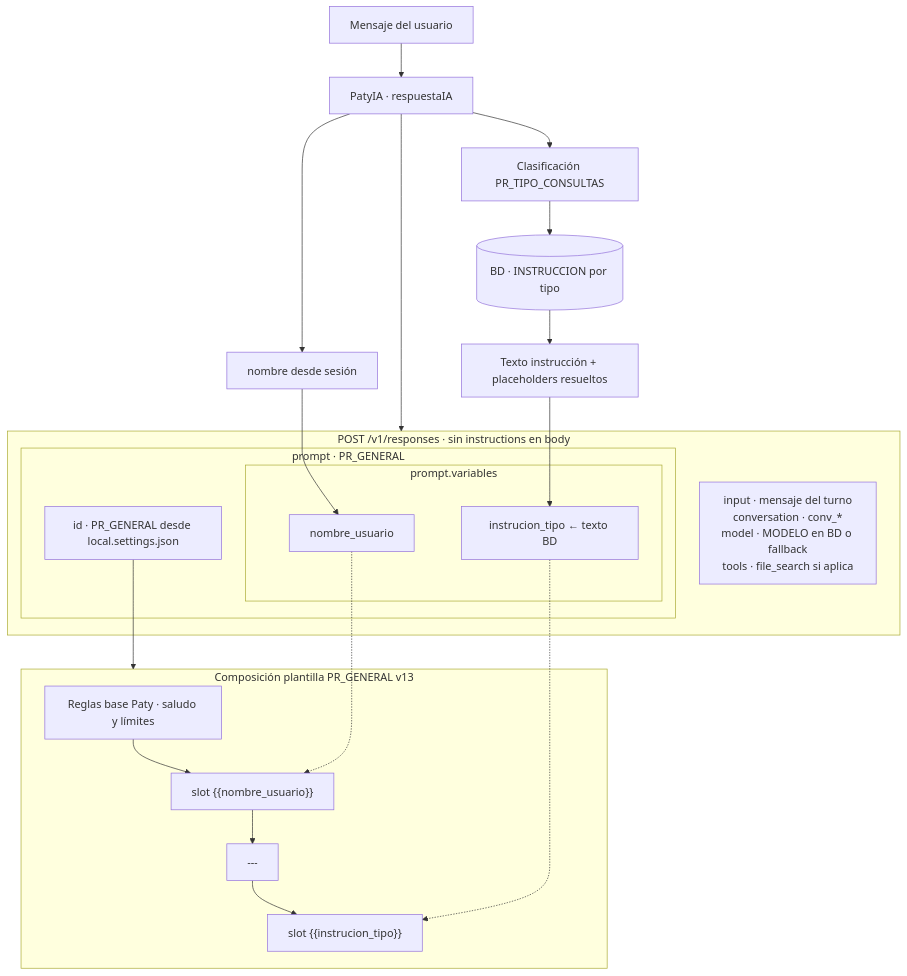
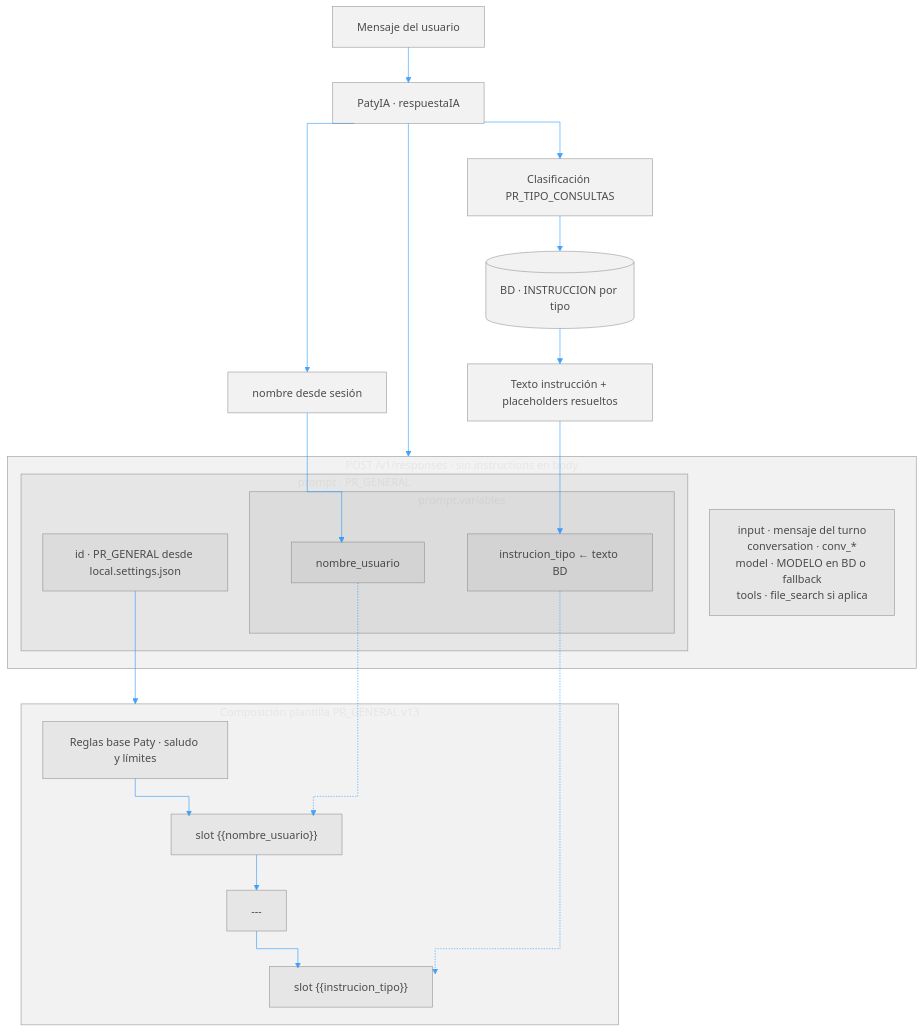
One commit to Dev-InSoft-web/ISA-DOC changed the diagram in src/lib/tickets/assets/TK-1431163/tk1431163-capas-openai.mmd. Above: the diagram before and after it, drawn with Mermaid. The commit also changed 71 other files, not shown here.

```diff
--- a/src/lib/tickets/assets/TK-1431163/tk1431163-capas-openai.mmd
+++ b/src/lib/tickets/assets/TK-1431163/tk1431163-capas-openai.mmd
@@ -1,34 +1,35 @@
+%%{init: {"theme":"base","themeVariables":{"background":"transparent","clusterBkg":"#8080801A","clusterBorder":"#808080B3","primaryColor":"#8080801A","primaryBorderColor":"#808080B3","secondaryColor":"#1E90FF28","secondaryBorderColor":"#1E90FFAA","tertiaryColor":"#8080801A","tertiaryBorderColor":"#808080B3","lineColor":"#1E90FFC8","primaryTextColor":"#3A3A3AE6","secondaryTextColor":"#5C5C5CBF","noteBkgColor":"#8080801A","noteBorderColor":"#808080B3"},"flowchart":{"curve":"stepAfter","htmlLabels":true,"nodeSpacing":44,"rankSpacing":52,"padding":18}}}%%
 flowchart TB
   U[Mensaje del usuario] --> PATY[PatyIA · respuestaIA]
 
   PATY --> CL[Clasificación PR_TIPO_CONSULTAS]
   CL --> BD[(BD · INSTRUCCION por tipo)]
   BD --> TXT[Texto instrucción + placeholders resueltos]
   PATY --> NOM[nombre desde sesión]
 
   subgraph REQ["POST /v1/responses · sin instructions en body"]
     BODY["input · mensaje del turno<br/>conversation · conv_*<br/>model · MODELO en BD o fallback<br/>tools · file_search si aplica"]
     subgraph PR["prompt · PR_GENERAL"]
       ID[id · PR_GENERAL desde local.settings.json]
       subgraph VAR["prompt.variables"]
         NU[nombre_usuario]
         IT[instrucion_tipo ← texto BD]
       end
     end
   end
 
   PATY --> REQ
   TXT --> IT
   NOM --> NU
 
   subgraph TMPL["Composición plantilla PR_GENERAL v13"]
     BASE[Reglas base Paty · saludo y límites]
     SLOT_NU["slot {{nombre_usuario}}"]
     SEP[---]
     SLOT_IT["slot {{instrucion_tipo}}"]
     BASE --> SLOT_NU --> SEP --> SLOT_IT
   end
 
   ID --> TMPL
   NU -.-> SLOT_NU
   IT -.-> SLOT_IT
```
